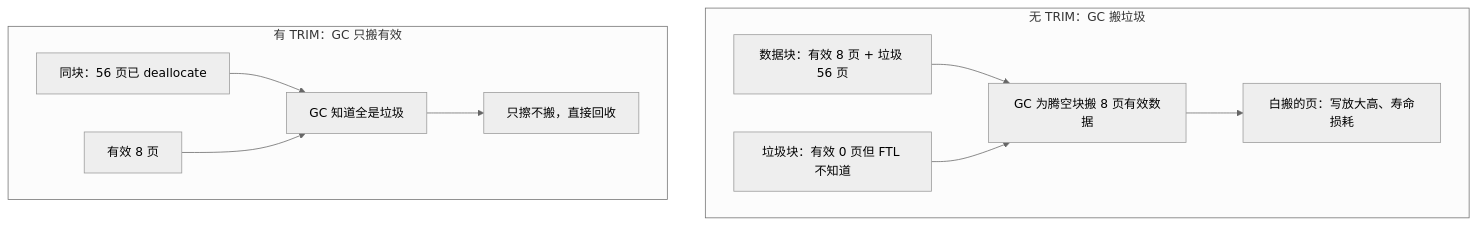
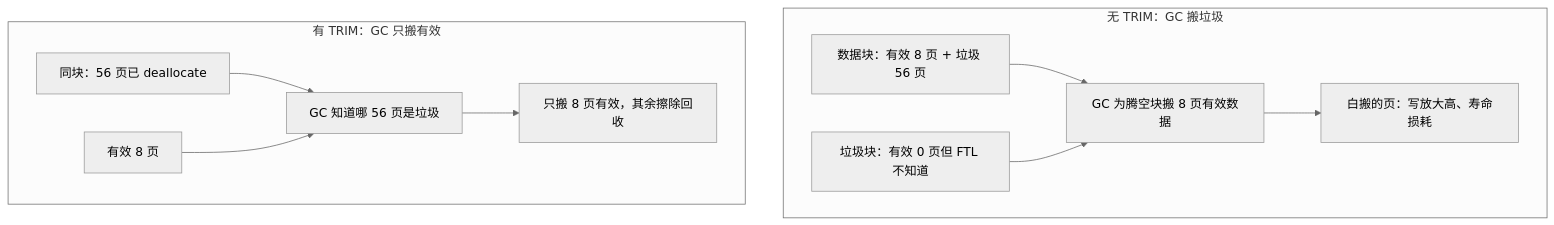
Before and after one commit to xhongduo-tech/xhongduo-tech.github.io: the second of 2 diagrams in docs/cs/discard-trim.md, drawn with Mermaid (neutral theme). The commit also changed 1 other file, not shown here.

Commit message:
Content review cs-288: the trim diagram no longer tells the garbage collector both that the block is all garbage and that it carries eight valid pages, and the NVMe ring budget attributes its sixty-four kilobytes to the submission queue alone since completion entries run sixteen bytes.

````diff
--- a/docs/cs/discard-trim.md
+++ b/docs/cs/discard-trim.md
@@ -40,13 +40,13 @@
 ```mermaid
 flowchart TD
   subgraph NO["无 TRIM：GC 搬垃圾"]
     B1["数据块：有效 8 页 + 垃圾 56 页"] --> GC1["GC 为腾空块搬 8 页有效数据"]
     B2["垃圾块：有效 0 页但 FTL 不知道"] --> GC1
     GC1 --> WA1["白搬的页：写放大高、寿命损耗"]
   end
   subgraph YES["有 TRIM：GC 只搬有效"]
-    C1["同块：56 页已 deallocate"] --> GC2["GC 知道全是垃圾"]
+    C1["同块：56 页已 deallocate"] --> GC2["GC 知道哪 56 页是垃圾"]
     C2["有效 8 页"] --> GC2
-    GC2 --> WA2["只擦不搬，直接回收"]
+    GC2 --> WA2["只搬 8 页有效，其余擦除回收"]
   end
 ```
````
